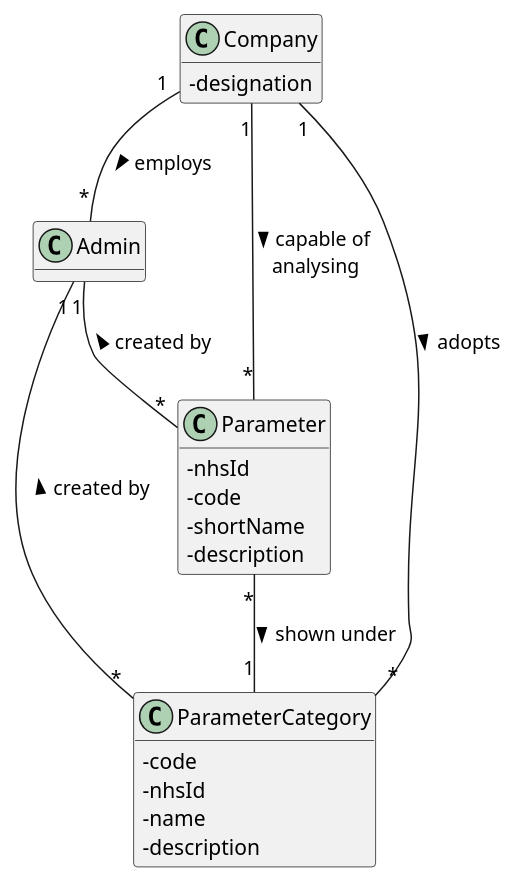
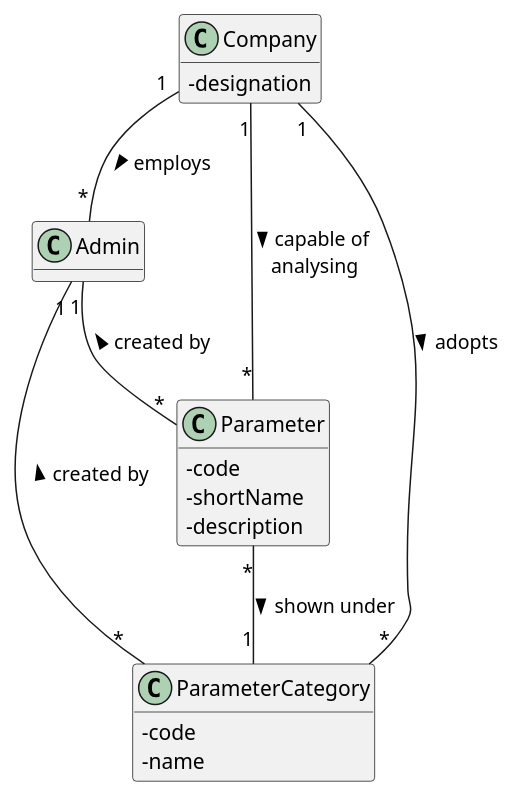
One commit to GuilhermeCunha79/lapr2 changed the diagram in docs/SprintB/US11/UC11_MD.puml. Above: the diagram before and after it, drawn with PlantUML. The commit also changed 8 other files, not shown here.

Commit message:
[US-11] - commit introduces minor changes to the User Story 11 document and all related diagrams [US-10] - commit introduces minor changes to the User Story 10 document and all related diagrams

```diff
--- a/docs/SprintB/US11/UC11_MD.puml
+++ b/docs/SprintB/US11/UC11_MD.puml
@@ -1,39 +1,36 @@
 @startuml
 
 hide methods
 
 skinparam classAttributeIconSize 0
 
 
 class Company {
   -designation
 }
 
 class Admin{
 }
 
 class Parameter{
-    -nhsId
     -code
     -shortName
     -description
 }
 
 class ParameterCategory{
     -code
-    -nhsId
     -name
-    -description
 }
 
 Company"1" -- "*"Admin :> employs
 Company"1" -- "*"Parameter :> capable of \n analysing
 Company"1" -- "*"ParameterCategory :> adopts
 Admin"1" -- "*"Parameter :< created by
 Parameter"*" -- "1"ParameterCategory :> shown under
 Admin"1" -- "*"ParameterCategory :< created by
 
 
 
 
 @enduml
```
